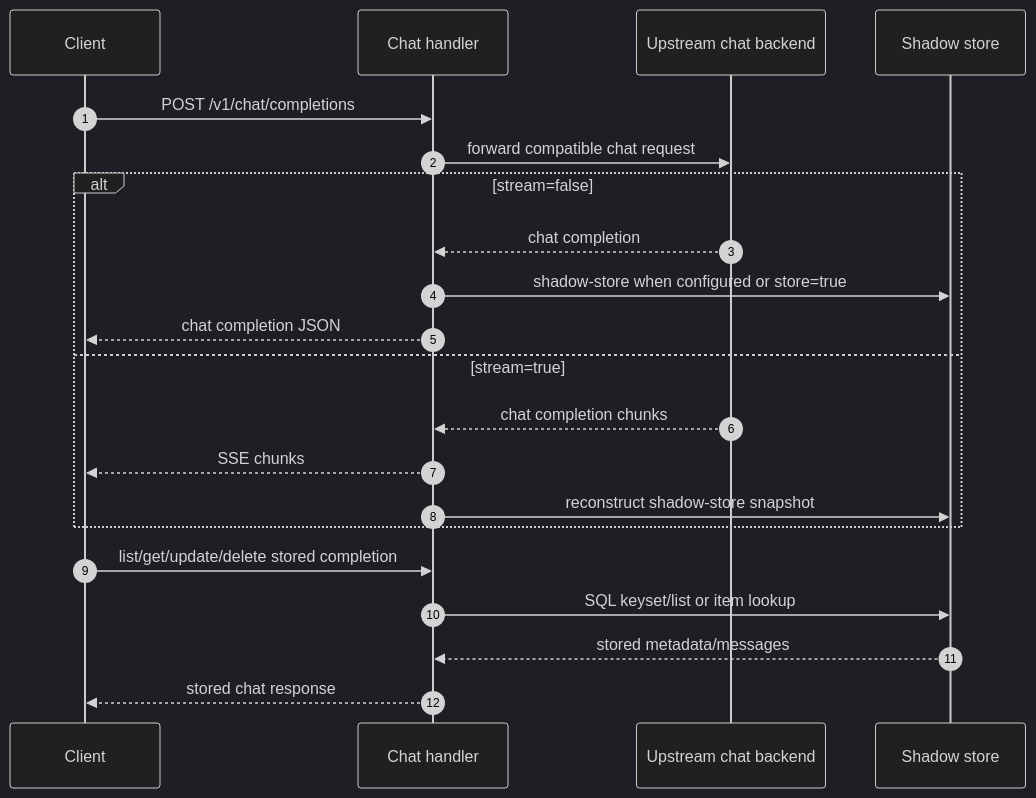
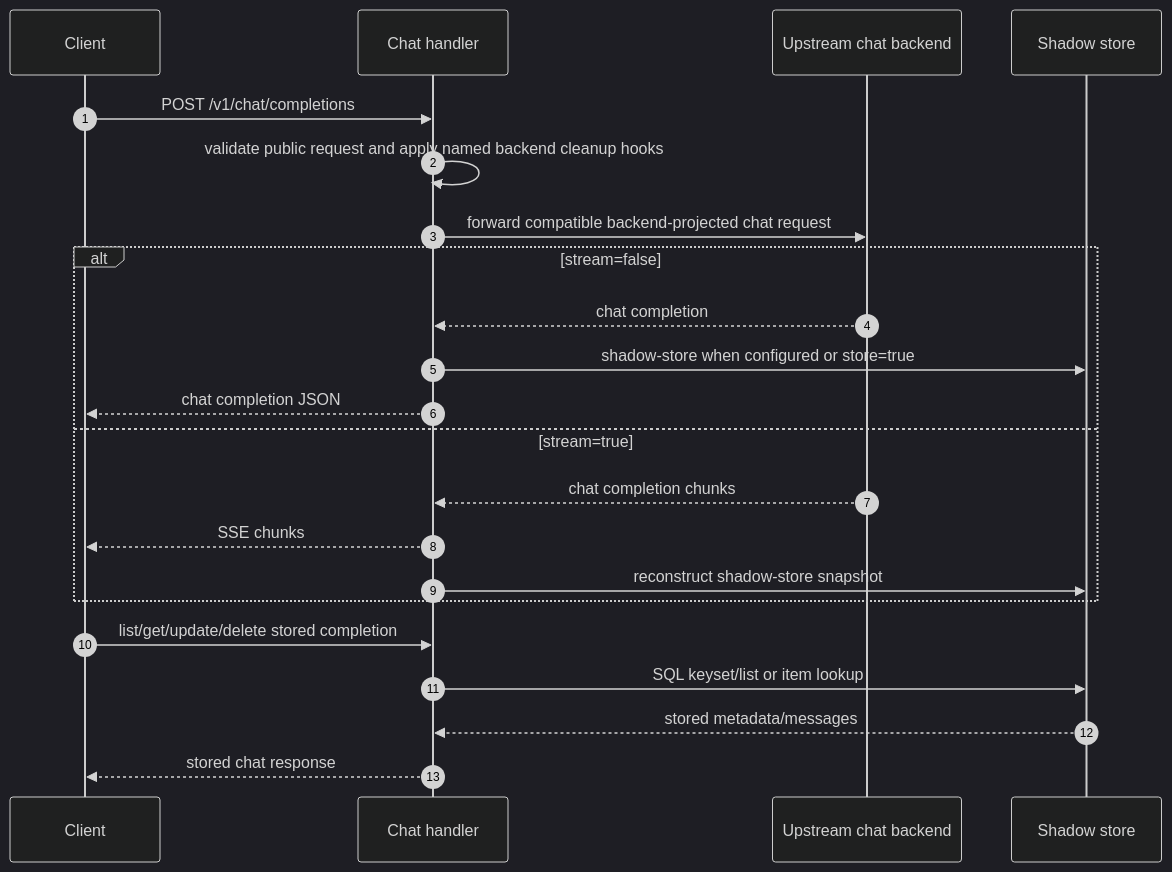
One commit to avelrl/llama_shim changed the fourth of 25 diagrams in docs/engineering/openai-api-choreography-atlas.md. Above: the diagram before and after it, drawn with Mermaid (dark theme). The commit also changed other lines of this file and 14 other files, not shown here.

Commit message:
V4 Provider-Specific Request Cleanup Hooks

````diff
--- a/docs/engineering/openai-api-choreography-atlas.md
+++ b/docs/engineering/openai-api-choreography-atlas.md
@@ -200,24 +201,25 @@
 ```mermaid
 sequenceDiagram
   autonumber
   participant C as Client
   participant H as Chat handler
   participant U as Upstream chat backend
   participant DB as Shadow store
 
   C->>H: POST /v1/chat/completions
-  H->>U: forward compatible chat request
+  H->>H: validate public request and apply named backend cleanup hooks
+  H->>U: forward compatible backend-projected chat request
   alt stream=false
     U-->>H: chat completion
     H->>DB: shadow-store when configured or store=true
     H-->>C: chat completion JSON
   else stream=true
     U-->>H: chat completion chunks
     H-->>C: SSE chunks
     H->>DB: reconstruct shadow-store snapshot
   end
   C->>H: list/get/update/delete stored completion
   H->>DB: SQL keyset/list or item lookup
   DB-->>H: stored metadata/messages
   H-->>C: stored chat response
 ```
````
